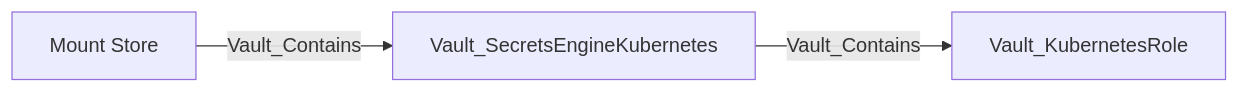
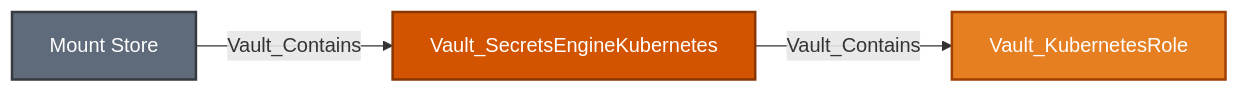
One commit to bytewreck/opengraph-vault changed diagram 16 of 29 in Documentation/stores/MOUNTS.md. Above: the diagram before and after it, drawn with Mermaid. The commit also changed other lines of this file and 4 other files, not shown here.

````diff
--- a/Documentation/stores/MOUNTS.md
+++ b/Documentation/stores/MOUNTS.md
@@ -481,5 +543,9 @@
 ```mermaid
 flowchart LR
-    store[Mount Store] -->|Vault_Contains| mount[Vault_SecretsEngineKubernetes]
-    mount -->|Vault_Contains| role[Vault_KubernetesRole]
+    store[Mount Store]:::storeNode -->|Vault_Contains| mount[Vault_SecretsEngineKubernetes]:::mountNode
+    mount -->|Vault_Contains| role[Vault_KubernetesRole]:::secretObjectNode
+
+    classDef storeNode fill:#5F6B7A,color:#fff,stroke:#343A40,stroke-width:2px
+    classDef mountNode fill:#D35400,color:#fff,stroke:#873600,stroke-width:2px
+    classDef secretObjectNode fill:#E67E22,color:#fff,stroke:#A04000,stroke-width:2px
 ```
````
